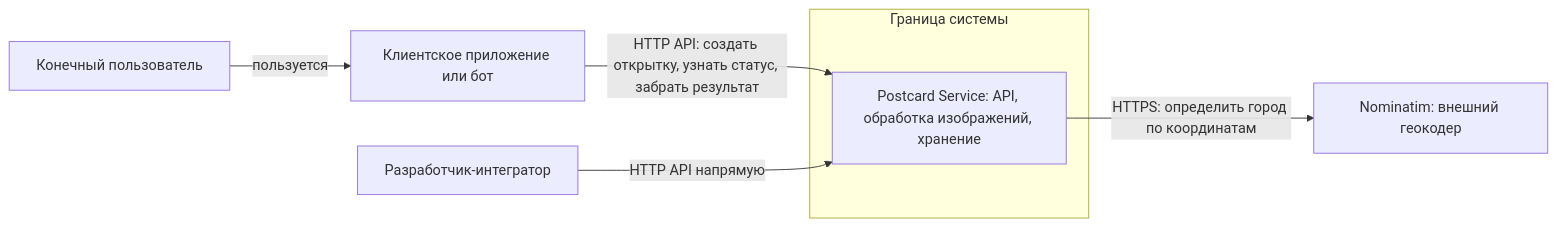
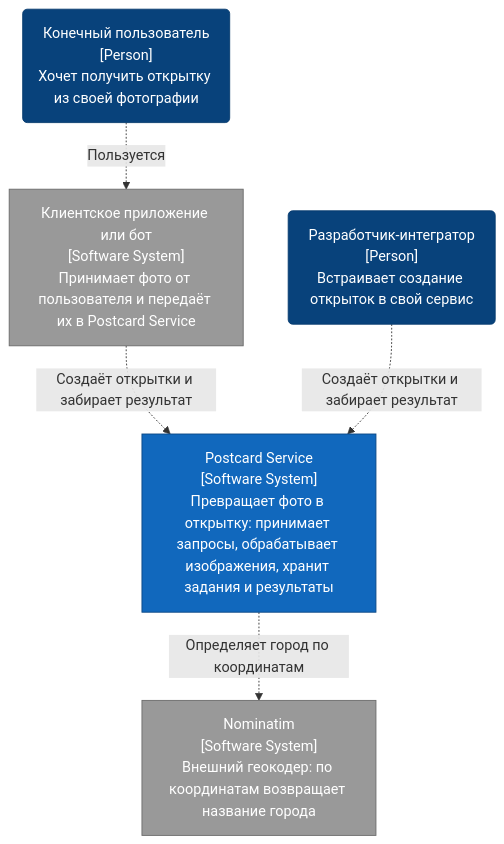
Before and after one commit to AIProgramIngeneering2026/team-vlm: the first of 3 diagrams in docs/architecture.md, drawn with Mermaid. The commit also changed other lines of this file, not shown here.

First line of the commit message:
Revise architecture documentation and job state diagram

````diff
--- a/docs/architecture.md
+++ b/docs/architecture.md
@@ -11,15 +11,20 @@
 ```mermaid
-flowchart LR
-    user["Конечный пользователь"]
-    integrator["Разработчик-интегратор"]
-    app["Клиентское приложение или бот"]
-    subgraph sys["Граница системы"]
-        service["Postcard Service: API, обработка изображений, хранение"]
-    end
-    geo["Nominatim: внешний геокодер"]
+flowchart TB
+    user("Конечный пользователь<br/>[Person]<br/>Хочет получить открытку из своей фотографии")
+    integrator("Разработчик-интегратор<br/>[Person]<br/>Встраивает создание открыток в свой сервис")
+    app["Клиентское приложение или бот<br/>[Software System]<br/>Принимает фото от пользователя и передаёт их в Postcard Service"]
+    service["Postcard Service<br/>[Software System]<br/>Превращает фото в открытку: принимает запросы, обрабатывает изображения, хранит задания и результаты"]
+    geo["Nominatim<br/>[Software System]<br/>Внешний геокодер: по координатам возвращает название города"]
 
-    user -->|"пользуется"| app
-    app -->|"HTTP API: создать открытку, узнать статус, забрать результат"| service
-    integrator -->|"HTTP API напрямую"| service
-    service -->|"HTTPS: определить город по координатам"| geo
+    user -.->|"Пользуется"| app
+    app -.->|"Создаёт открытки и забирает результат"| service
+    integrator -.->|"Создаёт открытки и забирает результат"| service
+    service -.->|"Определяет город по координатам"| geo
+
+    classDef person fill:#08427b,stroke:#073b6f,color:#ffffff
+    classDef system fill:#1168bd,stroke:#0b4884,color:#ffffff
+    classDef external fill:#999999,stroke:#6b6b6b,color:#ffffff
+    class user,integrator person
+    class service system
+    class app,geo external
 ```
````
